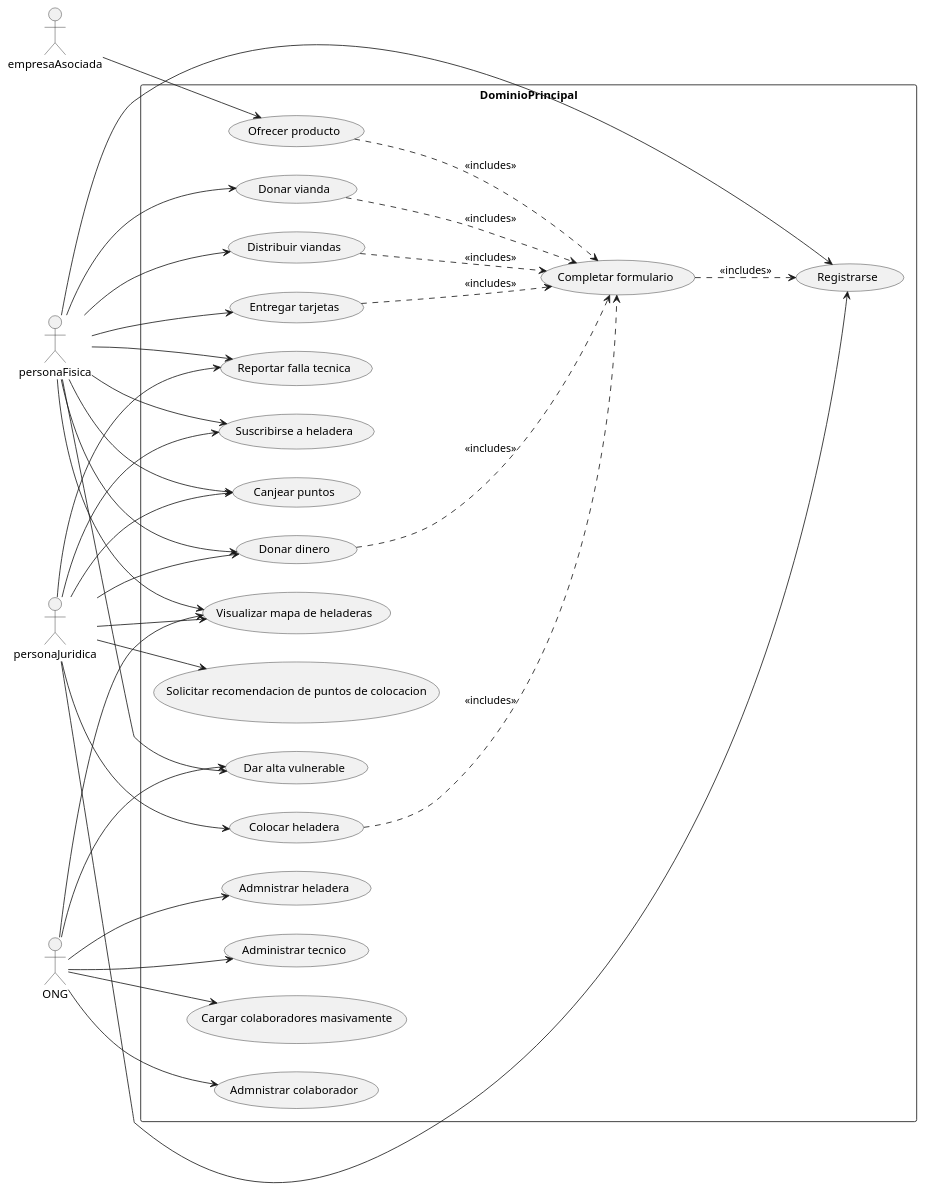
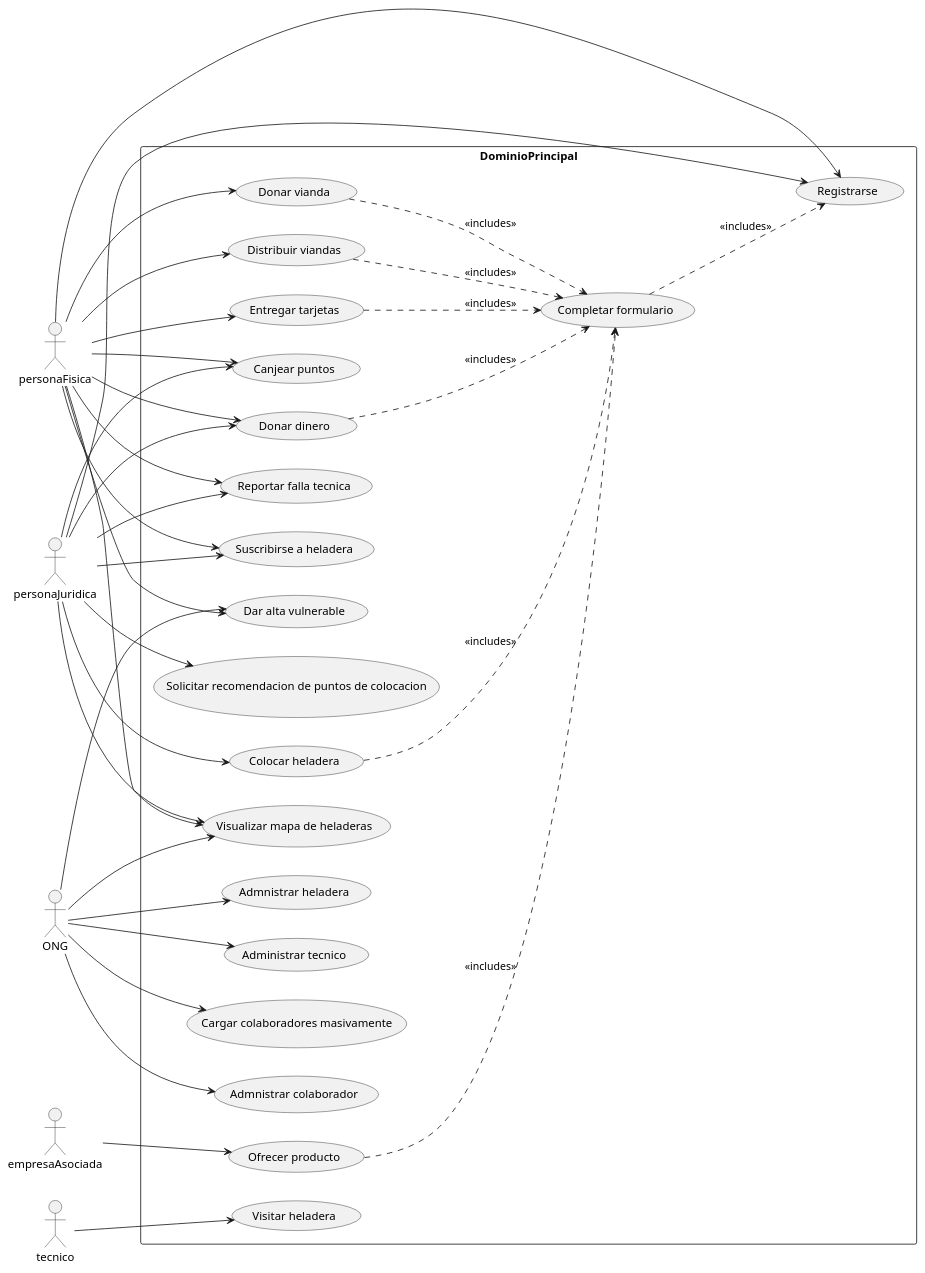
One commit to santymendez/tp-dds-2024 changed the diagram in diagrams/domain/casos-de-uso.puml. Above: the diagram before and after it, drawn with PlantUML. The commit also changed 19 other files, not shown here.

```diff
--- a/diagrams/domain/casos-de-uso.puml
+++ b/diagrams/domain/casos-de-uso.puml
@@ -1,83 +1,88 @@
 @startuml
 
 left to right direction
 actor :personaFisica: as fisica
 actor :personaJuridica: as juridica
 actor :ONG: as ong
 actor :empresaAsociada: as empresaAsociada
+actor :tecnico: as tecnico
 
 rectangle DominioPrincipal {
     usecase "Registrarse" as UC0
 
     usecase "Completar formulario" as UC1
 
     usecase "Admnistrar colaborador" as UC2
 
     usecase "Dar alta vulnerable" as UC3
 
     usecase "Admnistrar heladera" as UC4
 
     usecase "Administrar tecnico" as UC11
 
     usecase "Donar vianda" as UC5
     usecase "Donar dinero" as UC6
     usecase "Colocar heladera" as UC7
     usecase "Distribuir viandas" as UC8
     usecase "Entregar tarjetas" as UC10
 
     usecase "Ofrecer producto" as UC14
 
     usecase "Visualizar mapa de heladeras" as UC9
     usecase "Cargar colaboradores masivamente" as UC12
 
     usecase "Canjear puntos" as UC13
 
     usecase "Solicitar recomendacion de puntos de colocacion" as UC15
 
     usecase "Reportar falla tecnica" as UC16
 
     usecase "Suscribirse a heladera" as UC17
+
+    usecase "Visitar heladera" as UC18
 }
 
 fisica --> UC0
 juridica --> UC0
 
 fisica --> UC5
 fisica --> UC6
 fisica --> UC8
 fisica --> UC3
 fisica --> UC10
 fisica --> UC13
 
 juridica --> UC6
 juridica --> UC7
 juridica --> UC13
 juridica --> UC15
 
 ong --> UC2
 ong --> UC3
 ong --> UC4
 ong --> UC11
 ong --> UC12
 
 fisica --> UC9
 juridica --> UC9
 ong --> UC9
 
 empresaAsociada --> UC14
 
 juridica --> UC16
 fisica --> UC16
 
 fisica --> UC17
 juridica --> UC17
 
+tecnico --> UC18
+
 UC5 ..> UC1 : <<includes>>
 UC6 ..> UC1 : <<includes>>
 UC7 ..> UC1 : <<includes>>
 UC8 ..> UC1 : <<includes>>
 UC10 ..> UC1 : <<includes>>
 UC14 ..> UC1 : <<includes>>
 UC1 ..> UC0 : <<includes>>
 
 @enduml
```
